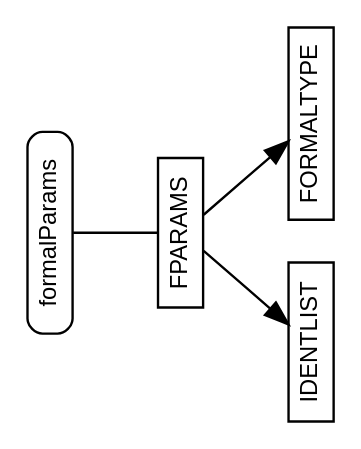
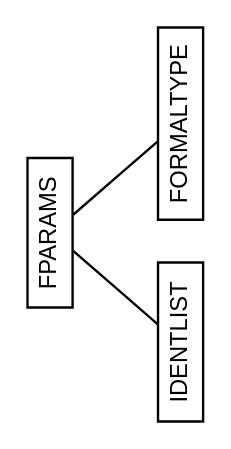
The diagram in fparams.dot (m2sf/M2-AST-Node-Diagrams), drawn with Graphviz before and after one commit.

Commit message:
simplified

```diff
--- a/fparams.dot
+++ b/fparams.dot
@@ -1,67 +1,62 @@
 /* AST node diagram generator script collection for M2C, M2J and M2Sharp.
  *
  * Copyright (c) 2016 The Modula-2 Software Foundation
  *
  * Author & Maintainer: Benjamin Kowarsch <org.m2sf>
  *
  * @synopsis
  *
  * The M2C, M2J and M2Sharp compilers are multi-dialect Modula-2 translators
  * and compilers respectively targeting C99, Java/JVM and C#/CLR, sharing a
  * common abstract syntax tree (AST) specification.
  *
  * The AST node diagram generator script collection consists of Graphviz DOT
  * descriptions for all AST node types of the common AST specification.
  *
  * The Graphviz dot utility is required to generate the diagrams. 
  * It may be obtained from http://www.graphviz.org/download.php.
  *
  * @repository
  *
  * https://github.com/m2sf/m2-ast-node-diagrams
  *
  * @file
  *
  * fparams.dot
  *
  * FPARAMS node diagram.
  *
  * Usage: $ dot fparams.dot -Tps > fparams.ps
  *
  * @license
  *
  * This is free software: you can redistribute and/or modify it under the
  * terms of the GNU Lesser General Public License (LGPL) either version 2.1
  * or at your choice version 3 as published by the Free Software Foundation.
  * However, you may not alter the copyright, author and license information.
  *
  * It is distributed in the hope that it will be useful,  but WITHOUT
  * ANY WARRANTY; without even the implied warranty of MERCHANTABILITY or
  * FITNESS FOR A PARTICULAR PURPOSE.  Read the license for more details.
  *
  * You should have received a copy of the GNU Lesser General Public License.
  * If not, see <https://www.gnu.org/copyleft/lesser.html>.
  *
  * NB: Components in the domain part of email addresses are in reverse order.
  */
 
 /*** FPARAMS Node ***/
 
 digraph FPARAMS {
   graph [orientation=landscape,fontname=helvetica];
   node [fontname=helvetica,fontsize=10,shape=box,height=0.25];
   
   node [style=solid];
   edge [arrowhead=none];
-  
-  id0 -> FPARAMS;
-  id0 [label="formalParams",style=rounded];
-  
-  edge [arrowhead=normal];
-  
-  FPARAMS -> { id1 id2 };
-  id1 [label="IDENTLIST"];
-  id2 [label="FORMALTYPE"];
+    
+  FPARAMS -> { id0 id1 };
+  id0 [label="IDENTLIST"];
+  id1 [label="FORMALTYPE"];
 }
 
 /* END OF FILE */
```
